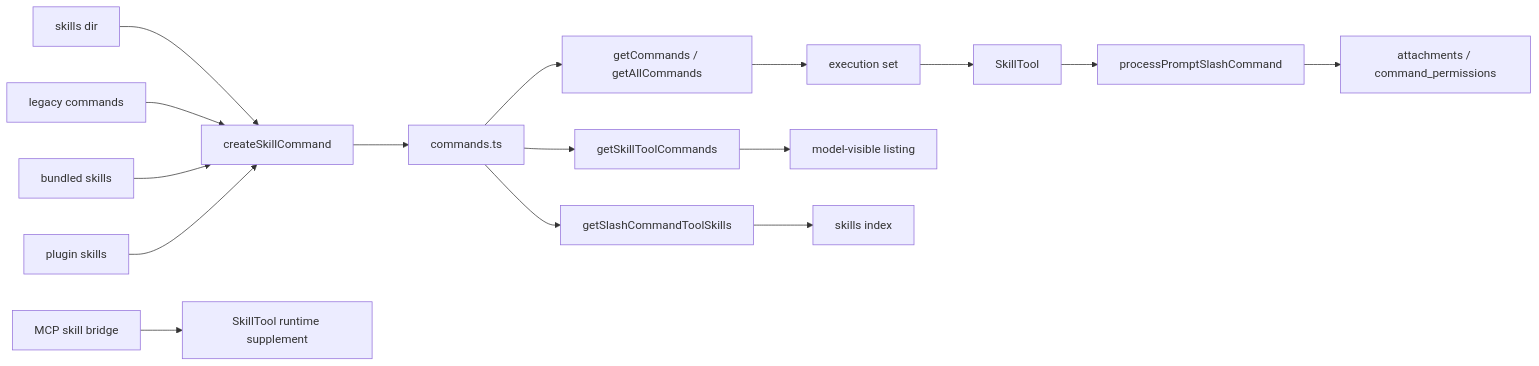
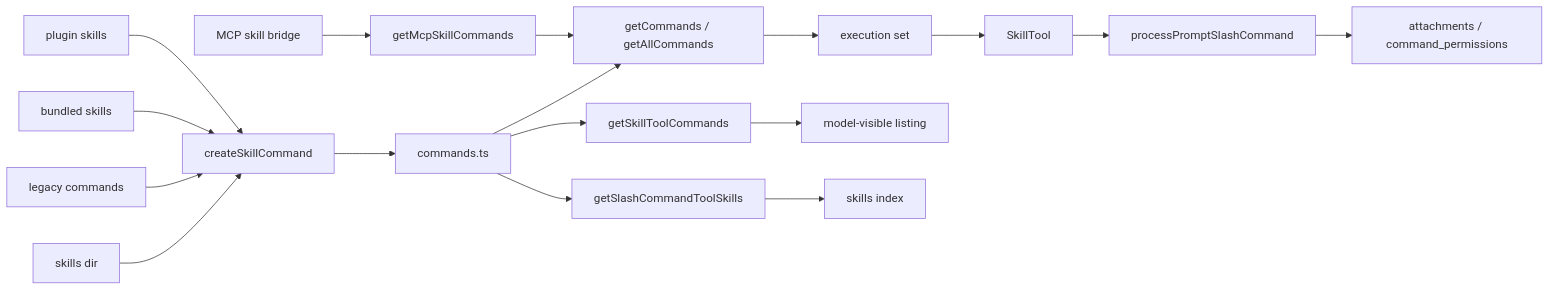
One commit to Boulea7/ClaudeCode-Source-DeepDive changed the diagram in PROMPTS/skills-and-command-injection.md. Above: the diagram before and after it, drawn with Mermaid. The commit also changed other lines of this file and 4 other files, not shown here.

Commit message:
docs: polish architecture and prompt path diagrams

````diff
--- a/PROMPTS/skills-and-command-injection.md
+++ b/PROMPTS/skills-and-command-injection.md
@@ -157,18 +171,19 @@
 ```mermaid
 flowchart LR
     A[skills dir] --> E[createSkillCommand]
     B[legacy commands] --> E
     C[bundled skills] --> E
     D[plugin skills] --> E
-    F[MCP skill bridge] --> G[SkillTool runtime supplement]
+    F[MCP skill bridge] --> G[getMcpSkillCommands]
     E --> H[commands.ts]
     H --> I[getCommands / getAllCommands]
     H --> J[getSkillToolCommands]
     H --> K[getSlashCommandToolSkills]
+    G --> I
     I --> L[execution set]
     J --> M[model-visible listing]
     K --> N[skills index]
     L --> O[SkillTool]
     O --> P[processPromptSlashCommand]
     P --> Q[attachments / command_permissions]
 ```
````
